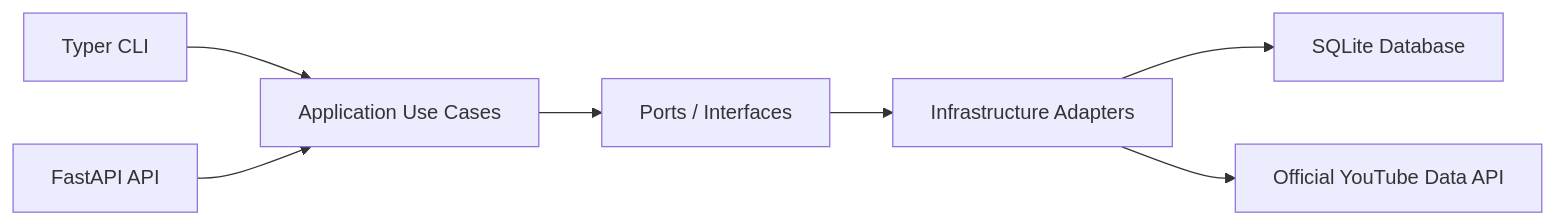
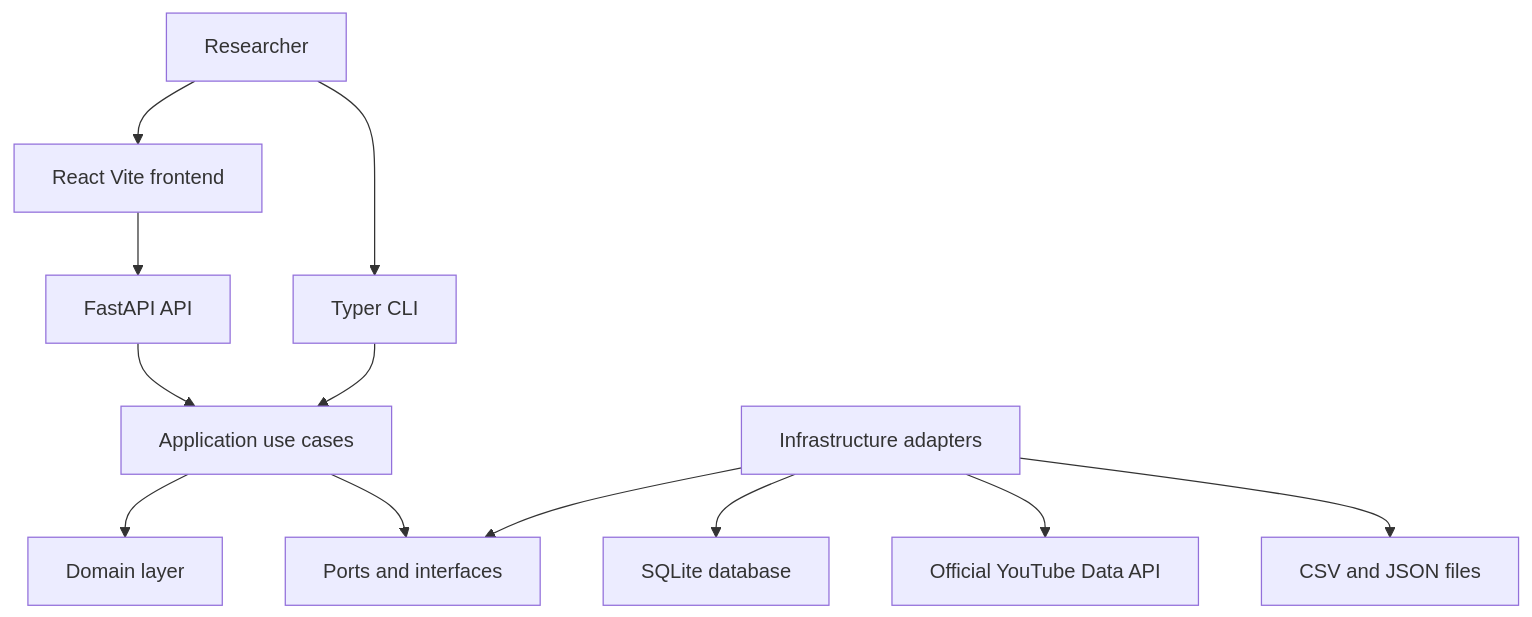
One commit to Inam-kakar/Fencing-Video-Research-Agent changed the first of 4 diagrams in README.md. Above: the diagram before and after it, drawn with Mermaid. The commit also changed other lines of this file, not shown here.

Commit message:
docs: improve README diagrams and local setup

````diff
--- a/README.md
+++ b/README.md
@@ -94,9 +98,14 @@
 ```mermaid
-flowchart LR
-    CLI["Typer CLI"] --> App["Application Use Cases"]
-    API["FastAPI API"] --> App
-    App --> Ports["Ports / Interfaces"]
-    Ports --> Infra["Infrastructure Adapters"]
-    Infra --> DB["SQLite Database"]
-    Infra --> YT["Official YouTube Data API"]
+flowchart TD
+    Researcher["Researcher"] --> Browser["React Vite frontend"]
+    Researcher --> CLI["Typer CLI"]
+    Browser --> API["FastAPI API"]
+    API --> UseCases["Application use cases"]
+    CLI --> UseCases
+    UseCases --> Domain["Domain layer"]
+    UseCases --> Ports["Ports and interfaces"]
+    Adapters["Infrastructure adapters"] --> Ports
+    Adapters --> SQLite["SQLite database"]
+    Adapters --> YouTube["Official YouTube Data API"]
+    Adapters --> ExportFiles["CSV and JSON files"]
 ```
````
